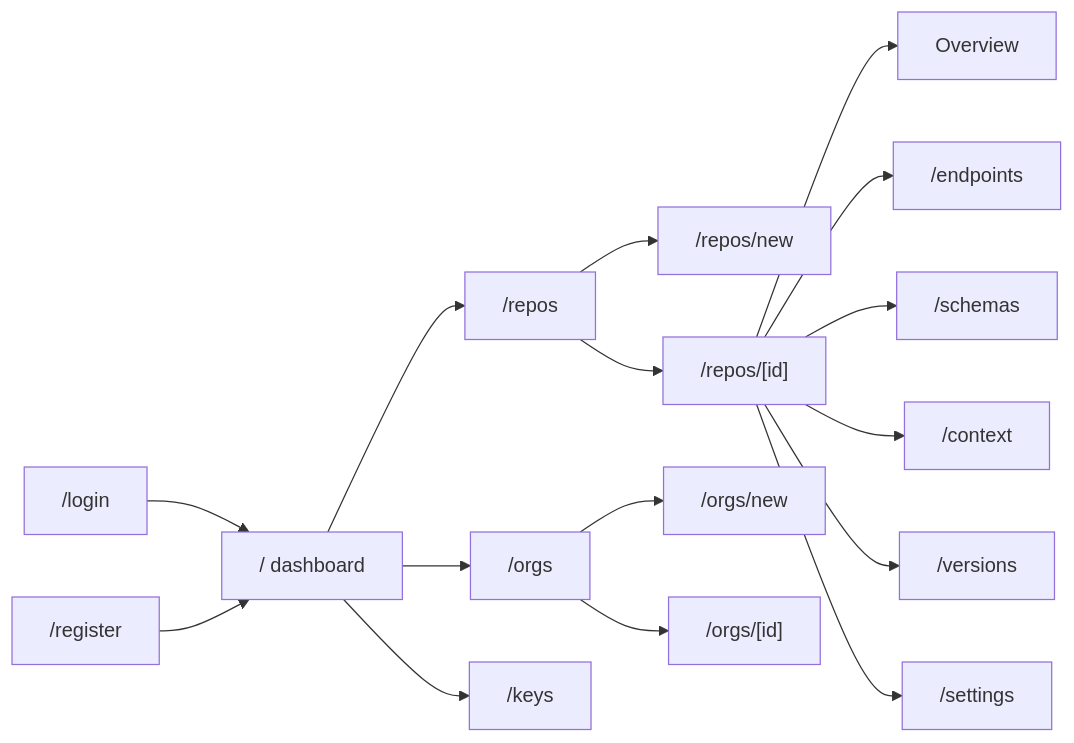
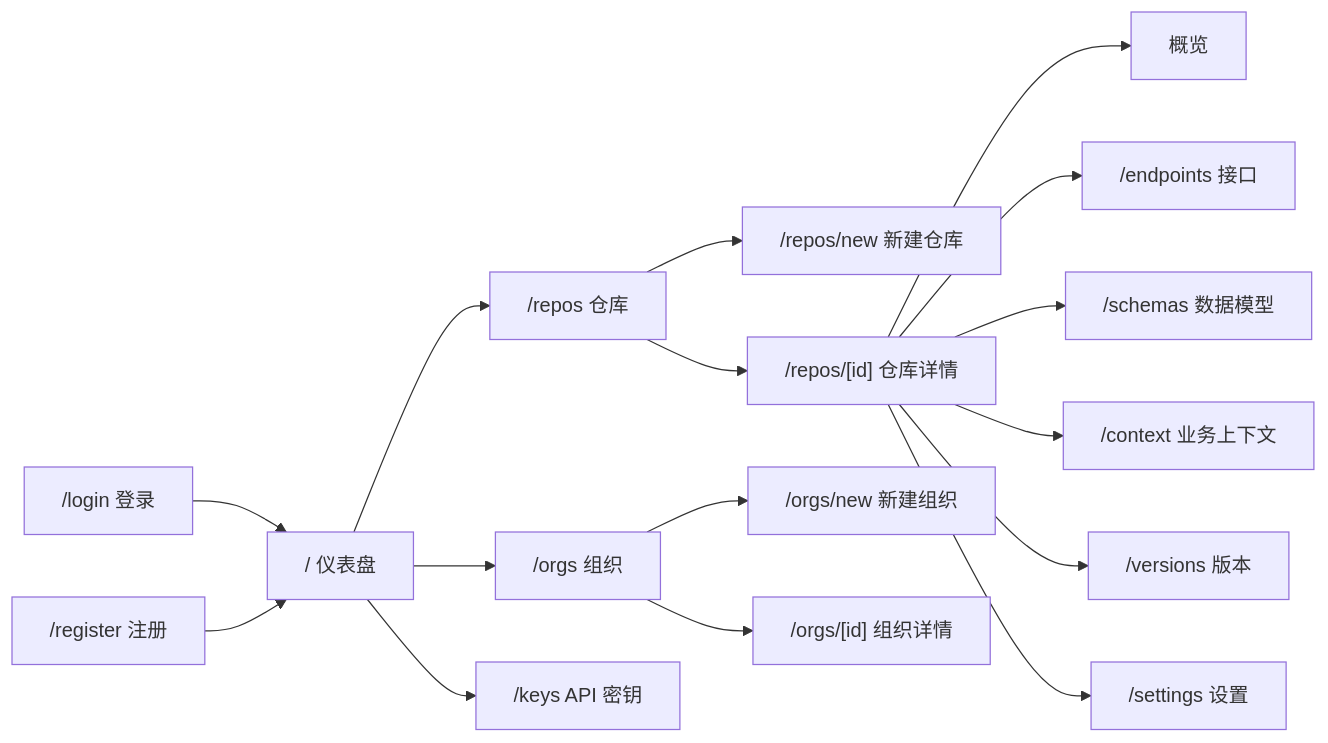
One commit to detao-labs/apigent changed the diagram in docs/design/platform-ux.md. Above: the diagram before and after it, drawn with Mermaid. The commit also changed other lines of this file and 4 other files, not shown here.

````diff
--- a/docs/design/platform-ux.md
+++ b/docs/design/platform-ux.md
@@ -66,18 +66,18 @@
 ```mermaid
 flowchart LR
-  A["/login"] --> D["/ dashboard"]
-  B["/register"] --> D
-  D --> R["/repos"]
-  R --> RN["/repos/new"]
-  R --> RD["/repos/[id]"]
-  RD --> RT1["Overview"]
-  RD --> RT2["/endpoints"]
-  RD --> RT3["/schemas"]
-  RD --> RT4["/context"]
-  RD --> RT5["/versions"]
-  RD --> RT6["/settings"]
-  D --> O["/orgs"]
-  O --> ON["/orgs/new"]
-  O --> OD["/orgs/[id]"]
-  D --> K["/keys"]
+  A["/login 登录"] --> D["/ 仪表盘"]
+  B["/register 注册"] --> D
+  D --> R["/repos 仓库"]
+  R --> RN["/repos/new 新建仓库"]
+  R --> RD["/repos/[id] 仓库详情"]
+  RD --> RT1["概览"]
+  RD --> RT2["/endpoints 接口"]
+  RD --> RT3["/schemas 数据模型"]
+  RD --> RT4["/context 业务上下文"]
+  RD --> RT5["/versions 版本"]
+  RD --> RT6["/settings 设置"]
+  D --> O["/orgs 组织"]
+  O --> ON["/orgs/new 新建组织"]
+  O --> OD["/orgs/[id] 组织详情"]
+  D --> K["/keys API 密钥"]
 ```
````
